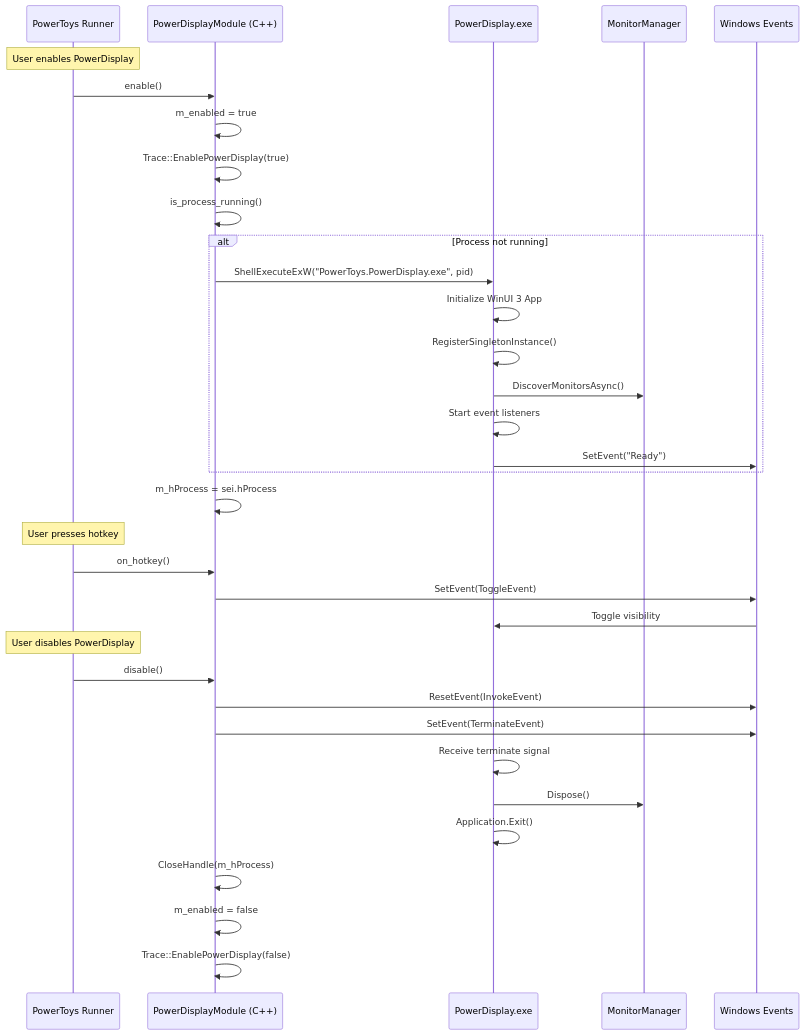
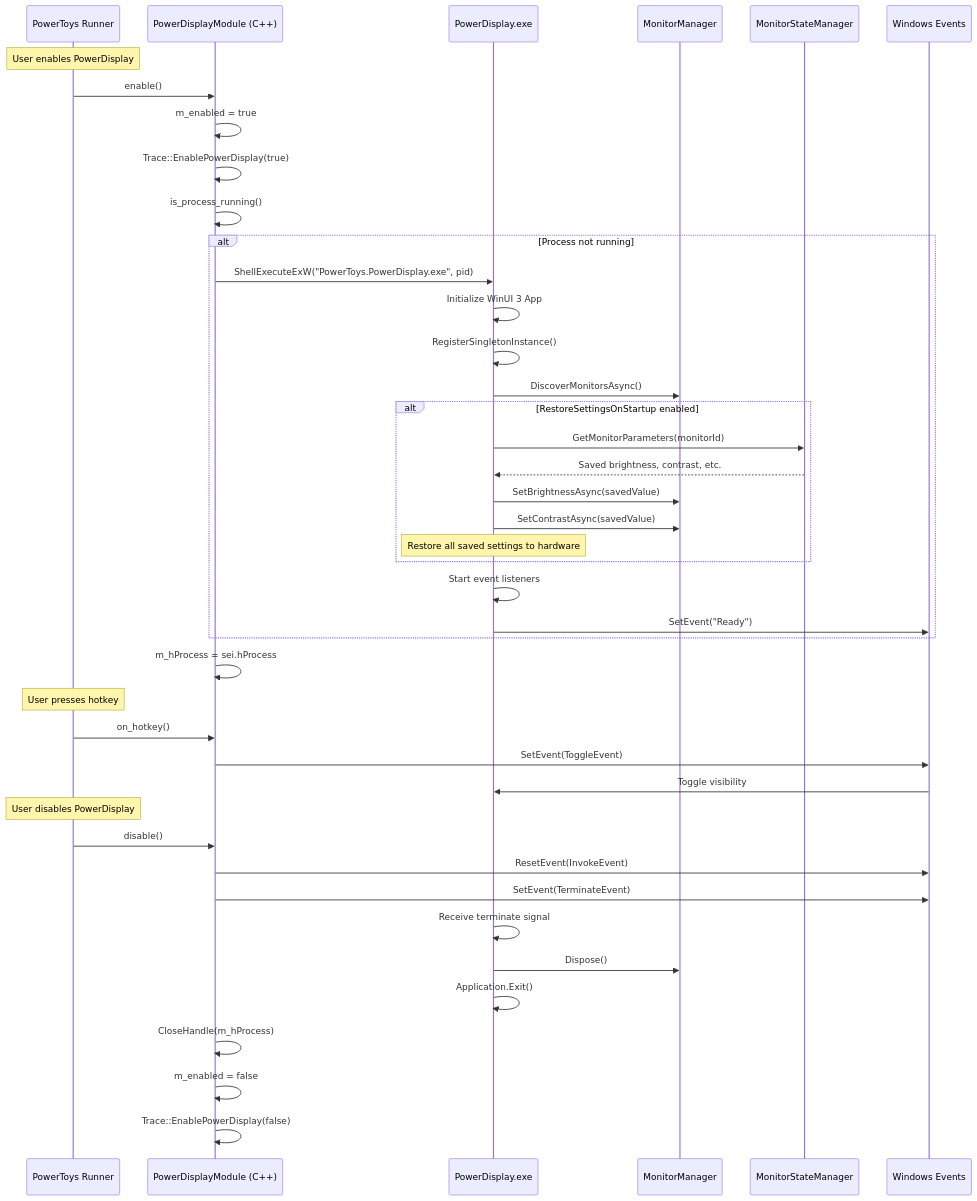
Before and after one commit to microsoft/PowerToys: diagram 23 of 23 in doc/devdocs/modules/powerdisplay/design.md, drawn with Mermaid. The commit also changed other lines of this file, not shown here.

First line of the commit message:
Update design docs: clarify monitor state restore flow

````diff
--- a/doc/devdocs/modules/powerdisplay/design.md
+++ b/doc/devdocs/modules/powerdisplay/design.md
@@ -1485,45 +1493,55 @@
 ```mermaid
 sequenceDiagram
     participant Runner as PowerToys Runner
     participant ModuleInterface as PowerDisplayModule (C++)
     participant PowerDisplayApp as PowerDisplay.exe
     participant MonitorManager
+    participant StateManager as MonitorStateManager
     participant EventHandles as Windows Events
 
     Note over Runner: User enables PowerDisplay
     Runner->>ModuleInterface: enable()
 
     ModuleInterface->>ModuleInterface: m_enabled = true
     ModuleInterface->>ModuleInterface: Trace::EnablePowerDisplay(true)
 
     ModuleInterface->>ModuleInterface: is_process_running()
     alt Process not running
         ModuleInterface->>PowerDisplayApp: ShellExecuteExW("PowerToys.PowerDisplay.exe", pid)
         PowerDisplayApp->>PowerDisplayApp: Initialize WinUI 3 App
         PowerDisplayApp->>PowerDisplayApp: RegisterSingletonInstance()
         PowerDisplayApp->>MonitorManager: DiscoverMonitorsAsync()
+
+        alt RestoreSettingsOnStartup enabled
+            PowerDisplayApp->>StateManager: GetMonitorParameters(monitorId)
+            StateManager-->>PowerDisplayApp: Saved brightness, contrast, etc.
+            PowerDisplayApp->>MonitorManager: SetBrightnessAsync(savedValue)
+            PowerDisplayApp->>MonitorManager: SetContrastAsync(savedValue)
+            Note over PowerDisplayApp: Restore all saved settings to hardware
+        end
+
         PowerDisplayApp->>PowerDisplayApp: Start event listeners
         PowerDisplayApp->>EventHandles: SetEvent("Ready")
     end
 
     ModuleInterface->>ModuleInterface: m_hProcess = sei.hProcess
 
     Note over Runner: User presses hotkey
     Runner->>ModuleInterface: on_hotkey()
     ModuleInterface->>EventHandles: SetEvent(ToggleEvent)
     EventHandles->>PowerDisplayApp: Toggle visibility
 
     Note over Runner: User disables PowerDisplay
     Runner->>ModuleInterface: disable()
 
     ModuleInterface->>EventHandles: ResetEvent(InvokeEvent)
     ModuleInterface->>EventHandles: SetEvent(TerminateEvent)
 
     PowerDisplayApp->>PowerDisplayApp: Receive terminate signal
     PowerDisplayApp->>MonitorManager: Dispose()
     PowerDisplayApp->>PowerDisplayApp: Application.Exit()
 
     ModuleInterface->>ModuleInterface: CloseHandle(m_hProcess)
     ModuleInterface->>ModuleInterface: m_enabled = false
     ModuleInterface->>ModuleInterface: Trace::EnablePowerDisplay(false)
 ```
````
